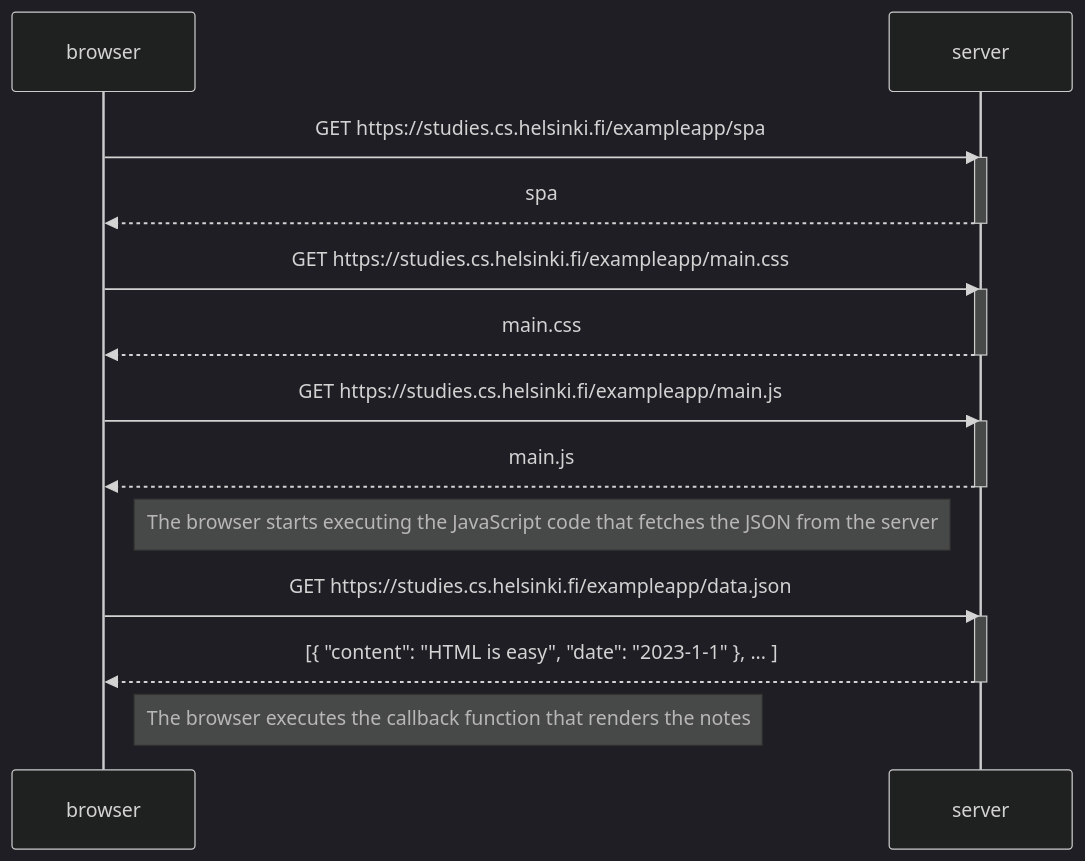
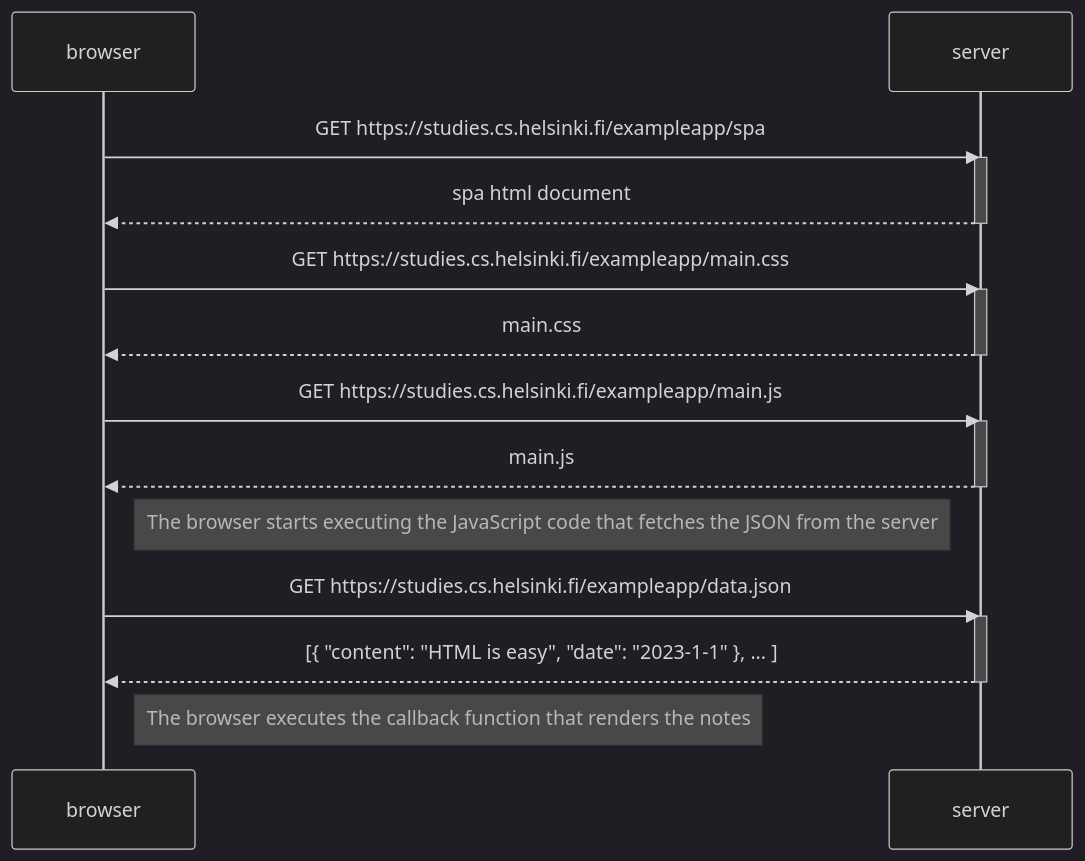
The diagram in osa0/5 single page app.md (vqhqu/fullstackopen), drawn with Mermaid (dark theme) before and after one commit.

Commit message:
Update 5 single page app.md

````diff
--- a/osa0/5 single page app.md
+++ b/osa0/5 single page app.md
@@ -2,24 +2,24 @@
 ```mermaid
 sequenceDiagram
     participant browser
     participant server
 
     browser->>server: GET https://studies.cs.helsinki.fi/exampleapp/spa
     activate server
-    server-->>browser: spa
+    server-->>browser: spa html document
     deactivate server
     browser->>server: GET https://studies.cs.helsinki.fi/exampleapp/main.css
     activate server
     server-->>browser: main.css
     deactivate server
     browser->>server: GET https://studies.cs.helsinki.fi/exampleapp/main.js
     activate server
     server-->>browser: main.js
     deactivate server
     Note right of browser: The browser starts executing the JavaScript code that fetches the JSON from the server
     browser->>server: GET https://studies.cs.helsinki.fi/exampleapp/data.json
     activate server
     server-->>browser: [{ "content": "HTML is easy", "date": "2023-1-1" }, ... ]
     deactivate server    
     Note right of browser: The browser executes the callback function that renders the notes 
 ```
````
